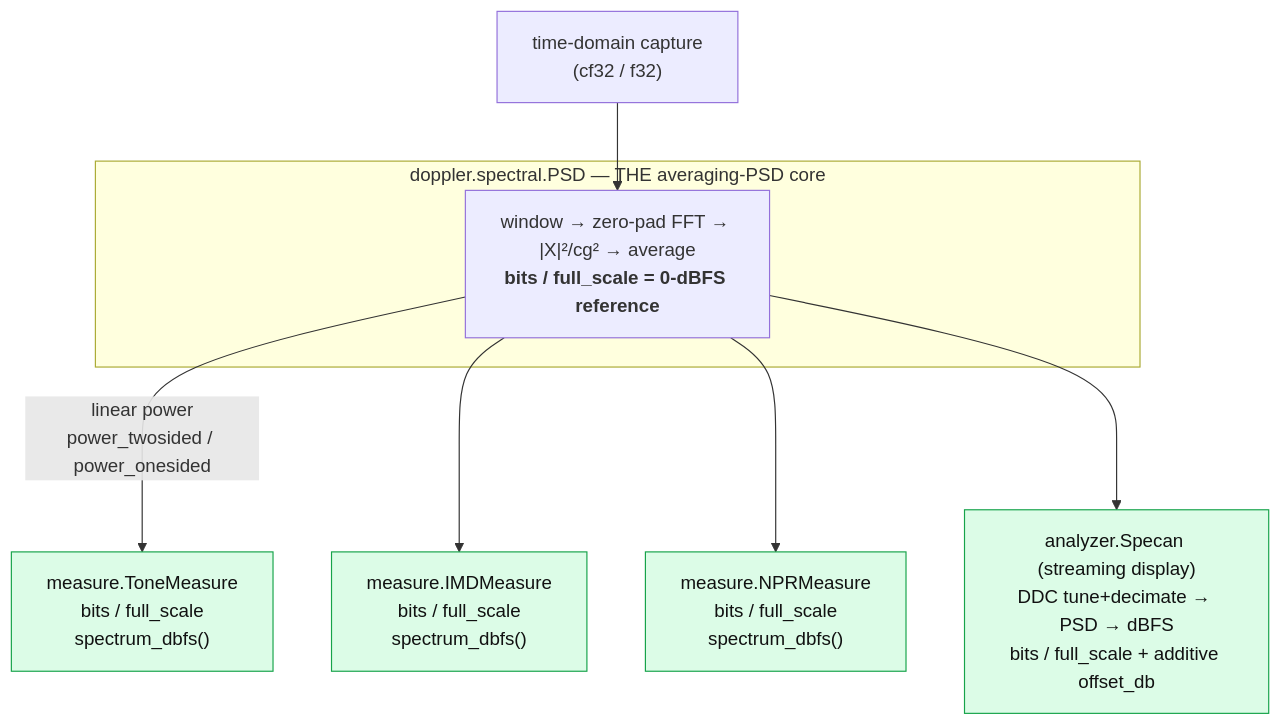
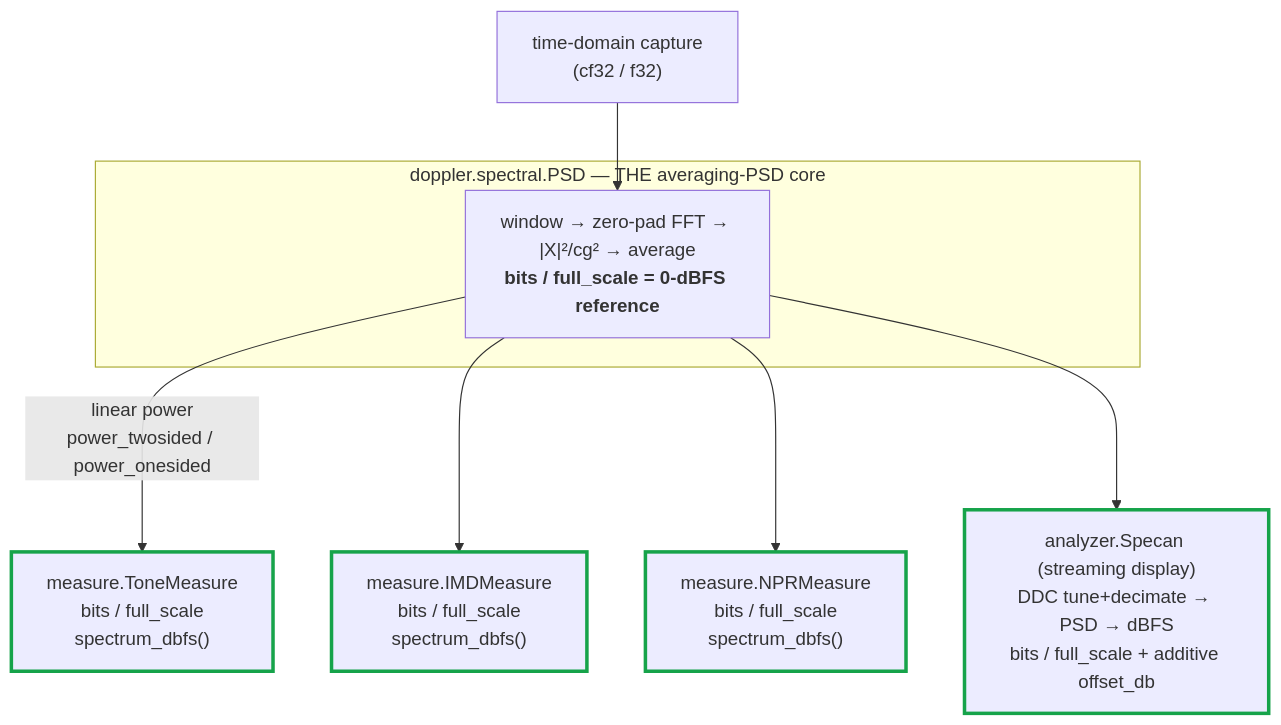
The diagram in docs/design/spectral-api-map.md (doppler-dsp/doppler), drawn with Mermaid before and after one commit.

Commit message:
docs: make the spectral-api-map mermaid diagram legible in dark mode
The `ok` classDef used a fixed light-green fill with dark text, but
mkdocs-material colors mermaid labels from a theme variable that flips
light in slate (dark) mode — so the four consumer boxes rendered with
unreadable low-contrast text. Drop the fill/color and mark the `ok`
nodes with a thicker green border instead, so the label keeps Material's
theme-aware color and stays readable in both palettes. Also bump the
diagram font to 24px and add subgraph-title margin so the CORE title no
longer overlaps its inner box.

````diff
--- a/docs/design/spectral-api-map.md
+++ b/docs/design/spectral-api-map.md
@@ -10,21 +10,22 @@
 ```mermaid
+%%{init: {'themeVariables': {'fontSize': '24px'}, 'flowchart': {'subGraphTitleMargin': {'top': 8, 'bottom': 16}}}%%
 flowchart TD
     T["time-domain capture<br/>(cf32 / f32)"] --> W
 
     subgraph CORE["doppler.spectral.PSD — THE averaging-PSD core"]
       W["window &rarr; zero-pad FFT &rarr; |X|&sup2;/cg&sup2; &rarr; average<br/><b>bits / full_scale = 0-dBFS reference</b>"]
     end
 
     W -->|linear power<br/>power_twosided / power_onesided| TM
     W --> IMD
     W --> NPR
     W --> SA
 
     TM["measure.ToneMeasure<br/>bits / full_scale<br/>spectrum_dbfs()"]
     IMD["measure.IMDMeasure<br/>bits / full_scale<br/>spectrum_dbfs()"]
     NPR["measure.NPRMeasure<br/>bits / full_scale<br/>spectrum_dbfs()"]
     SA["analyzer.Specan (streaming display)<br/>DDC tune+decimate &rarr; PSD &rarr; dBFS<br/>bits / full_scale + additive offset_db"]
 
-    classDef ok fill:#dcfce7,stroke:#16a34a,color:#111;
+    classDef ok stroke:#16a34a,stroke-width:3px;
     class TM,IMD,NPR,SA ok;
 ```
````
